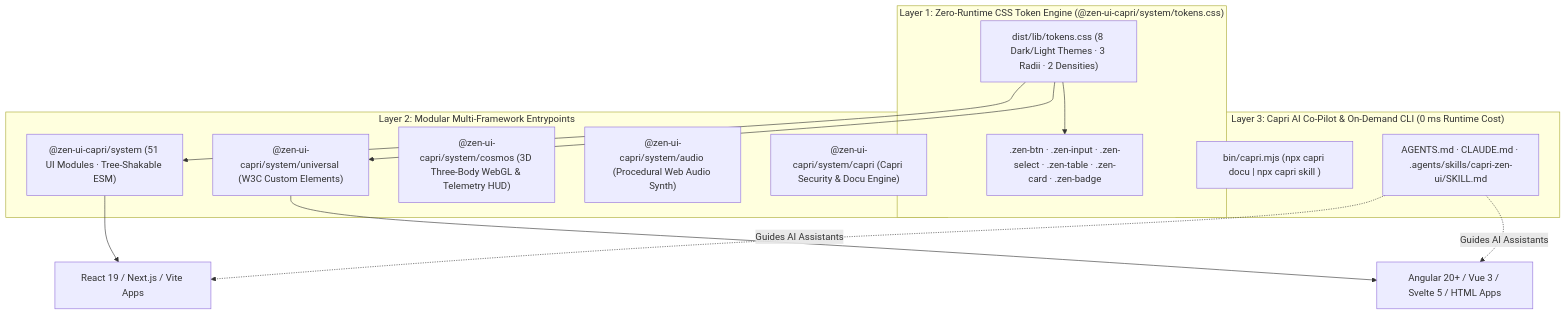
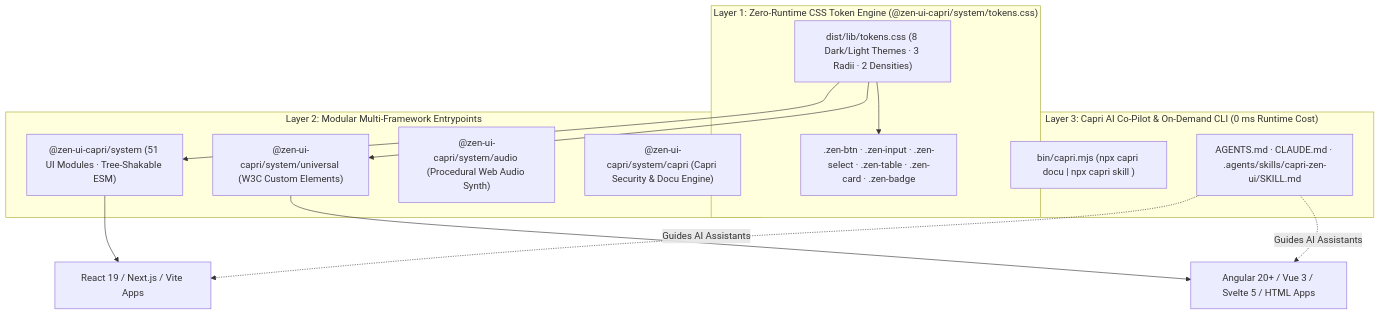
The diagram in README.md (lukaspabst/zeN-UI), drawn with Mermaid before and after one commit. The commit also changed other lines of this file and 12 other files, not shown here.

Commit message:
refactor(lib): extract portfolio-specific cosmos 3D scene out of @zen-ui-capri/system (v1.2.0)

````diff
--- a/README.md
+++ b/README.md
@@ -16,28 +16,27 @@
 ```mermaid
 flowchart TD
   subgraph Layer1["Layer 1: Zero-Runtime CSS Token Engine (@zen-ui-capri/system/tokens.css)"]
     Tokens["dist/lib/tokens.css (8 Dark/Light Themes · 3 Radii · 2 Densities)"]
     UtilityClasses[".zen-btn · .zen-input · .zen-select · .zen-table · .zen-card · .zen-badge"]
     Tokens --> UtilityClasses
   end
 
   subgraph Layer2["Layer 2: Modular Multi-Framework Entrypoints"]
     ReactPrimitives["@zen-ui-capri/system (51 UI Modules · Tree-Shakable ESM)"]
     UniversalElements["@zen-ui-capri/system/universal (W3C Custom Elements)"]
-    CosmosModule["@zen-ui-capri/system/cosmos (3D Three-Body WebGL & Telemetry HUD)"]
     AudioModule["@zen-ui-capri/system/audio (Procedural Web Audio Synth)"]
     CapriModule["@zen-ui-capri/system/capri (Capri Security & Docu Engine)"]
     Tokens --> ReactPrimitives
     Tokens --> UniversalElements
   end
 
   subgraph Layer3["Layer 3: Capri AI Co-Pilot & On-Demand CLI (0 ms Runtime Cost)"]
     CapriCLI["bin/capri.mjs (npx capri docu | npx capri skill <subroutine>)"]
     AgentSkills["AGENTS.md · CLAUDE.md · .agents/skills/capri-zen-ui/SKILL.md"]
   end
 
   ReactPrimitives --> ConsumingReact["React 19 / Next.js / Vite Apps"]
   UniversalElements --> ConsumingMulti["Angular 20+ / Vue 3 / Svelte 5 / HTML Apps"]
   AgentSkills -.->|"Guides AI Assistants"| ConsumingReact
   AgentSkills -.->|"Guides AI Assistants"| ConsumingMulti
 ```
````
